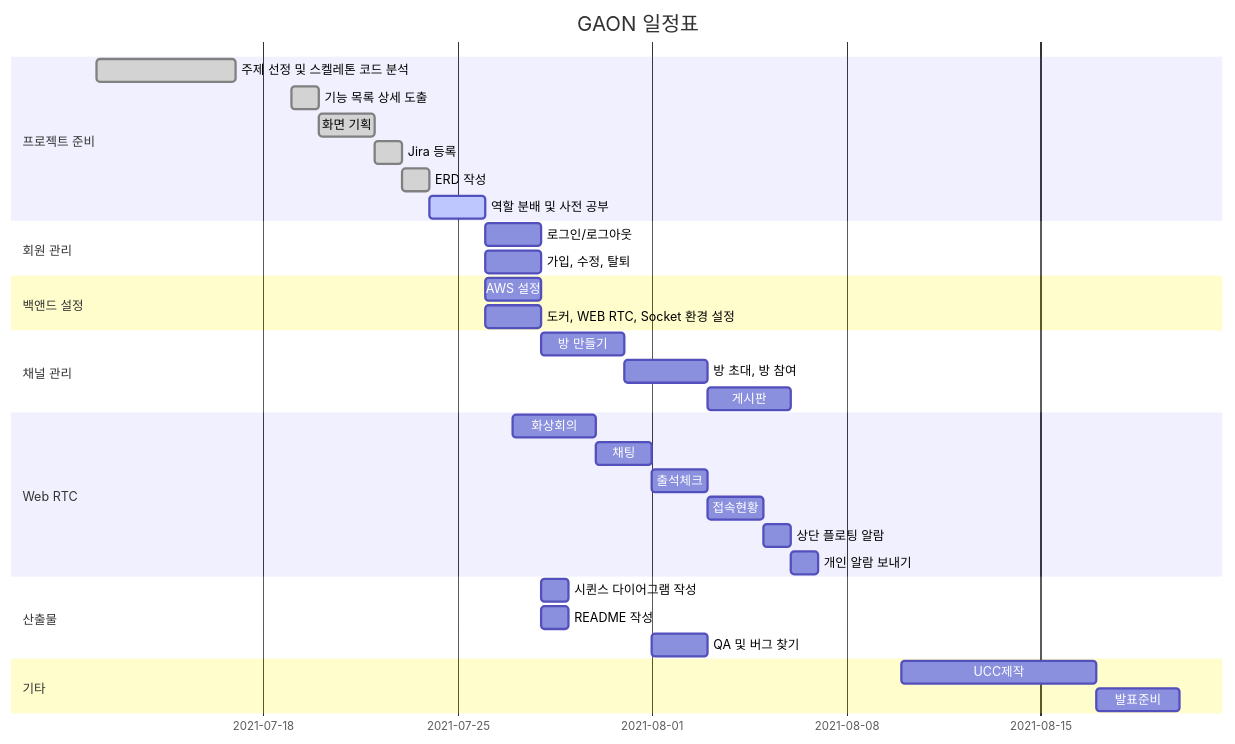
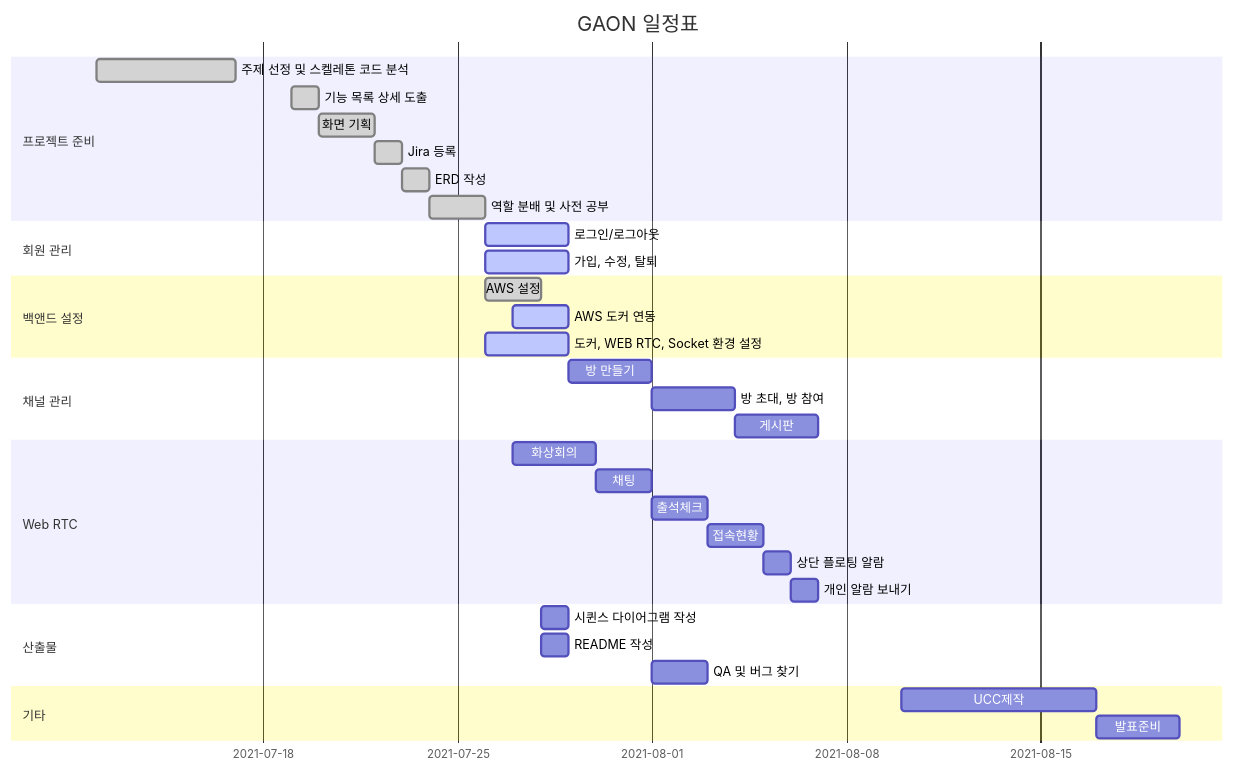
One commit to WangHoJin/GAON changed the diagram in README.md. Above: the diagram before and after it, drawn with Mermaid.

````diff
--- a/README.md
+++ b/README.md
@@ -5,46 +5,47 @@
 ```mermaid
 gantt
     dateFormat  MM-DD
     title       GAON 일정표
     %% excludes    weekends
     %% (`excludes` accepts specific dates in YYYY-MM-DD format, days of the week ("sunday") or "weekends", but not the word "weekdays".)
 
     section 프로젝트 준비
     주제 선정 및 스켈레톤 코드 분석	:done, 07-12, 5d
     기능 목록 상세 도출		   :done, 07-19, 1d
     화면 기획				  :done,07-20, 2d
    	Jira 등록		: done, 07-22, 1d
     ERD 작성		: done, 07-23, 1d
-    역할 분배 및 사전 공부		: active, 07-24, 2d
+    역할 분배 및 사전 공부		: done, 07-24, 2d
    
     
 	  section 회원 관리
-    로그인/로그아웃		:07-26, 2d
-    가입, 수정, 탈퇴		 :07-26, 2d
+    로그인/로그아웃		: active, 07-26, 3d
+    가입, 수정, 탈퇴		 : active, 07-26, 3d
      
    section 백앤드 설정
-    AWS 설정		:07-26, 2d
-    도커, WEB RTC, Socket 환경 설정		 :07-26, 2d
+    AWS 설정		:done, 07-26, 2d
+    AWS 도커 연동 : active, 07-27, 2d
+    도커, WEB RTC, Socket 환경 설정		 : active, 07-26, 3d
 
     section 채널 관리
-    방 만들기 	: ch1, 07-28, 3d
+    방 만들기 	: ch1, 07-29, 3d
     방 초대, 방 참여   :ch2, after ch1, 3d
     게시판 :after ch2, 3d
     
     section Web RTC
     화상회의 : rtc1, 07-27, 3d
     채팅     :rtc2, after rtc1, 2d
     출석체크   : rtc3, after rtc2, 2d
     접속현황  : rtc4, after rtc3, 2d
     상단 플로팅 알람 : rtc5, after rtc4, 1d
     개인 알람 보내기 : after rtc5, 1d
     
     section 산출물
     시퀸스 다이어그램 작성   :07-28, 1d
     README 작성  			:07-28, 1d
     QA 및 버그 찾기  	  :08-01, 2d
     
     section 기타
     UCC제작 :08-10, 7d
     발표준비 :08-17, 3d
 ```
````
